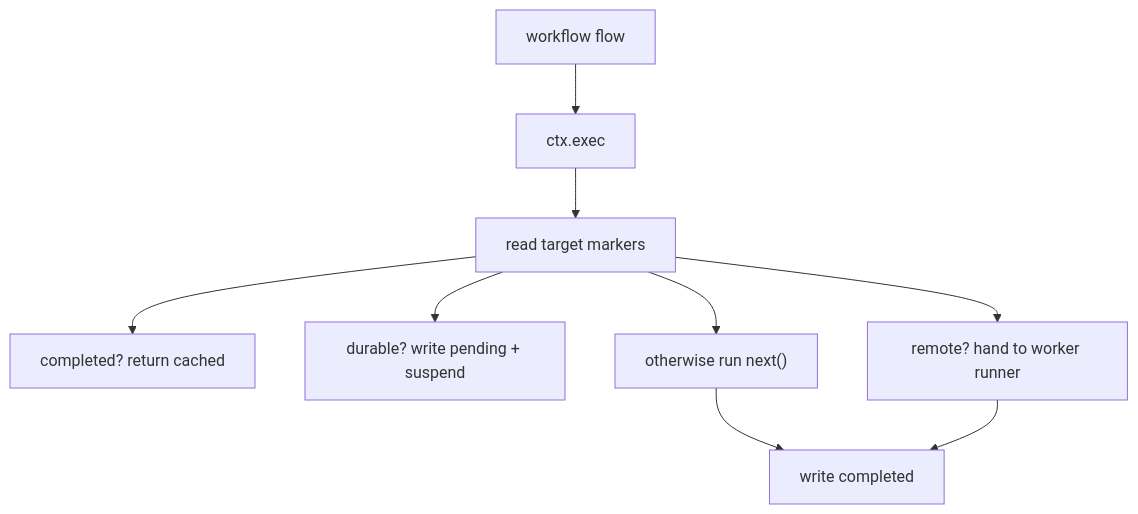
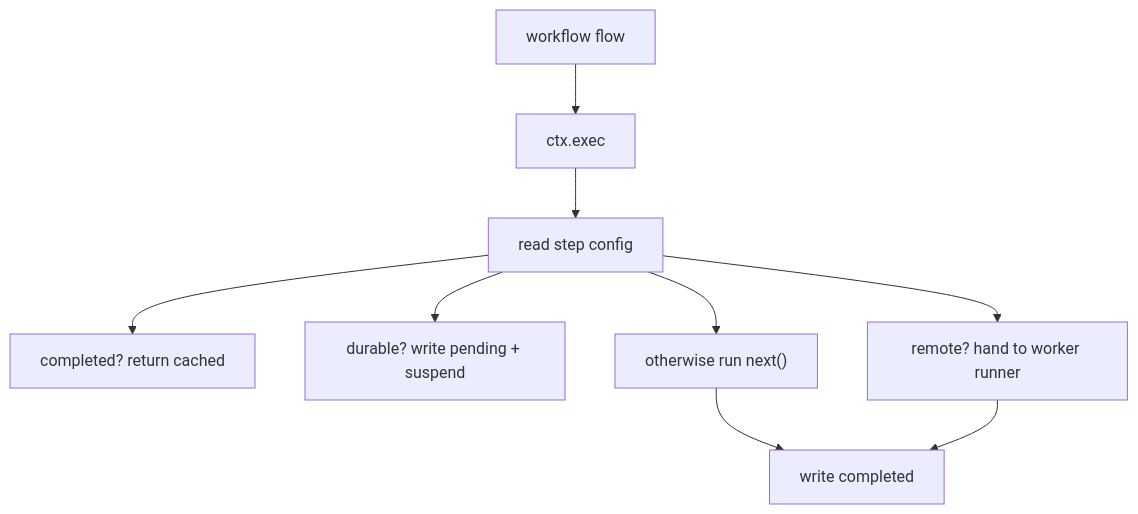
The diagram in packages/agent-sdk/README.md (pumped-fn/pumped-fn), drawn with Mermaid before and after one commit. The commit also changed other lines of this file and 7 other files, not shown here.

Commit message:
Use defaulted step config tag

````diff
--- a/packages/agent-sdk/README.md
+++ b/packages/agent-sdk/README.md
@@ -17,11 +17,11 @@
 ```mermaid
 flowchart TD
   Root["workflow flow"] --> Exec["ctx.exec"]
-  Exec --> Markers["read target markers"]
-  Markers --> Replay["completed? return cached"]
-  Markers --> Durable["durable? write pending + suspend"]
-  Markers --> Remote["remote? hand to worker runner"]
-  Markers --> Local["otherwise run next()"]
+  Exec --> Config["read step config"]
+  Config --> Replay["completed? return cached"]
+  Config --> Durable["durable? write pending + suspend"]
+  Config --> Remote["remote? hand to worker runner"]
+  Config --> Local["otherwise run next()"]
   Local --> Log["write completed"]
   Remote --> Log
 ```
````
